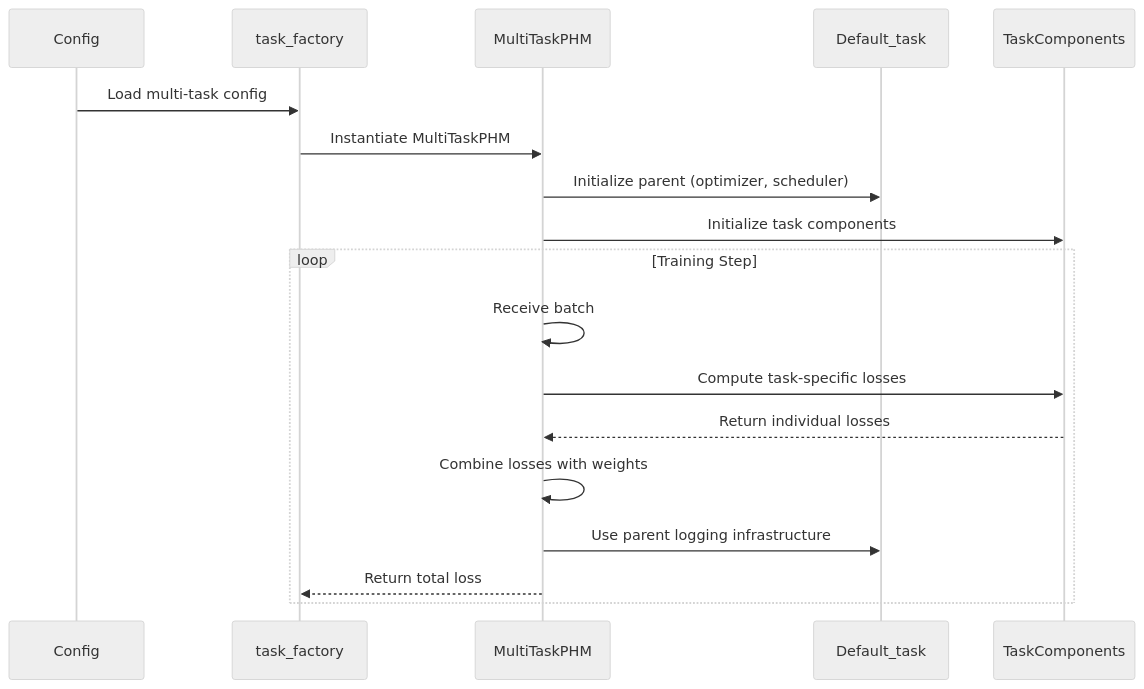
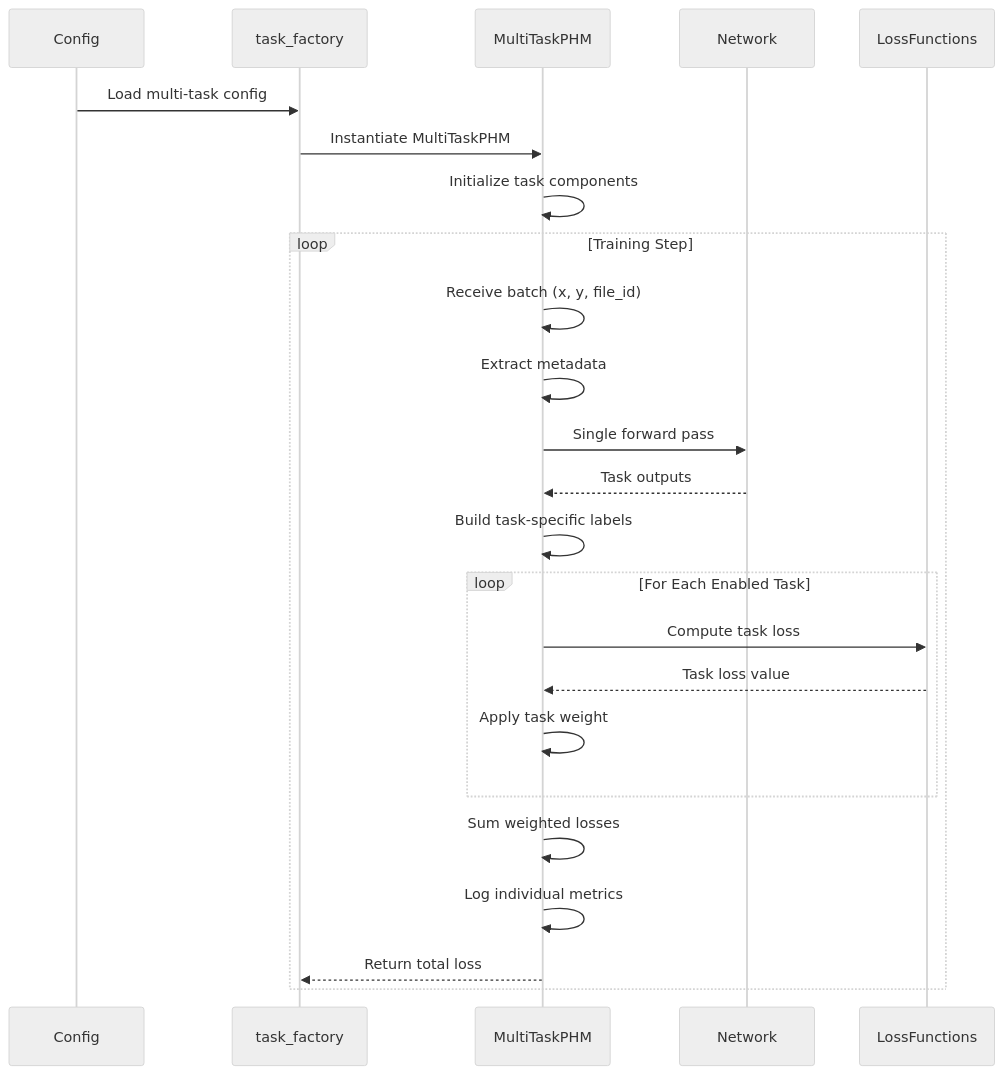
Before and after one commit to PHMbench/PHM-Vibench: the third of 4 diagrams in .claude/specs/multi-task-refactor/design.md, drawn with Mermaid (neutral theme). The commit also changed other lines of this file and 23 other files, not shown here.

````diff
--- a/.claude/specs/multi-task-refactor/design.md
+++ b/.claude/specs/multi-task-refactor/design.md
@@ -364,22 +133,30 @@
 ```mermaid
 sequenceDiagram
     participant C as Config
-    participant TF as task_factory
+    participant TF as task_factory  
     participant MT as MultiTaskPHM
-    participant DT as Default_task
-    participant TC as TaskComponents
+    participant N as Network
+    participant L as LossFunctions
     
     C->>TF: Load multi-task config
     TF->>MT: Instantiate MultiTaskPHM
-    MT->>DT: Initialize parent (optimizer, scheduler)
-    MT->>TC: Initialize task components
+    MT->>MT: Initialize task components
     
     loop Training Step
-        MT->>MT: Receive batch
-        MT->>TC: Compute task-specific losses
-        TC-->>MT: Return individual losses
-        MT->>MT: Combine losses with weights
-        MT->>DT: Use parent logging infrastructure
+        MT->>MT: Receive batch (x, y, file_id)
+        MT->>MT: Extract metadata
+        MT->>N: Single forward pass
+        N-->>MT: Task outputs
+        MT->>MT: Build task-specific labels
+        
+        loop For Each Enabled Task
+            MT->>L: Compute task loss
+            L-->>MT: Task loss value
+            MT->>MT: Apply task weight
+        end
+        
+        MT->>MT: Sum weighted losses
+        MT->>MT: Log individual metrics
         MT-->>TF: Return total loss
     end
 ```
````
